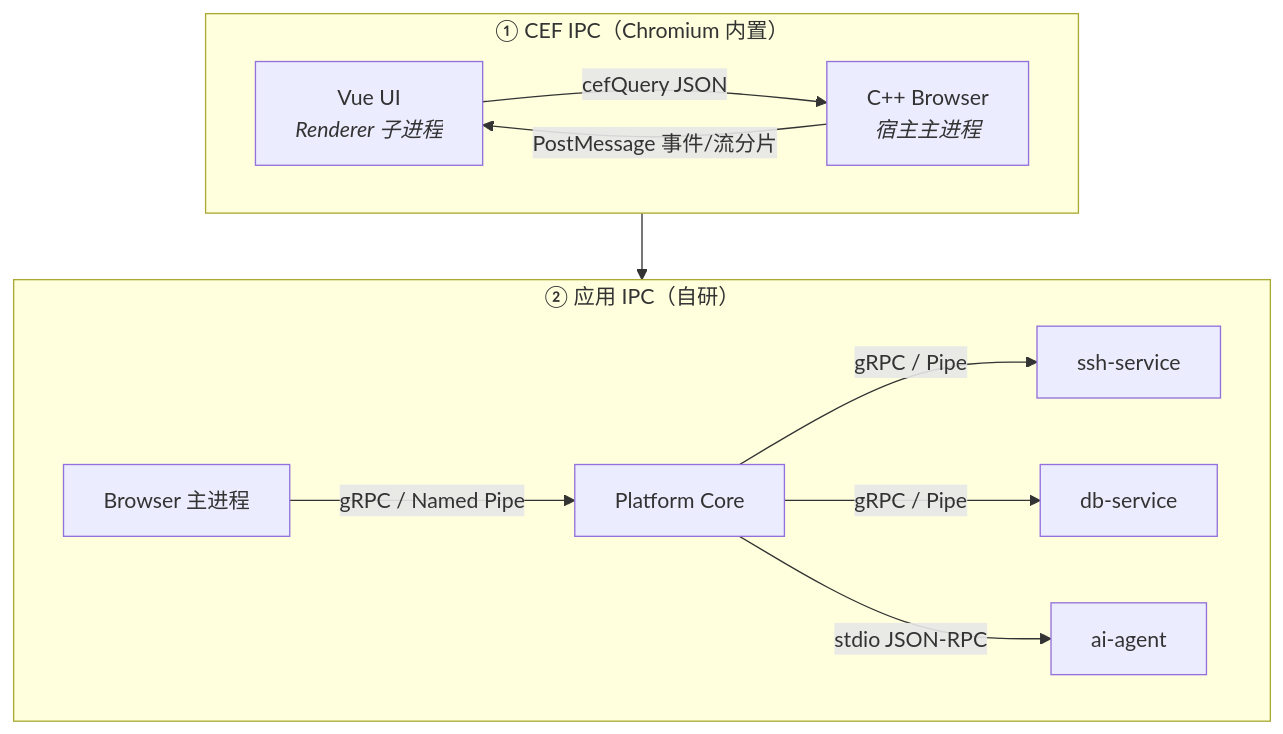
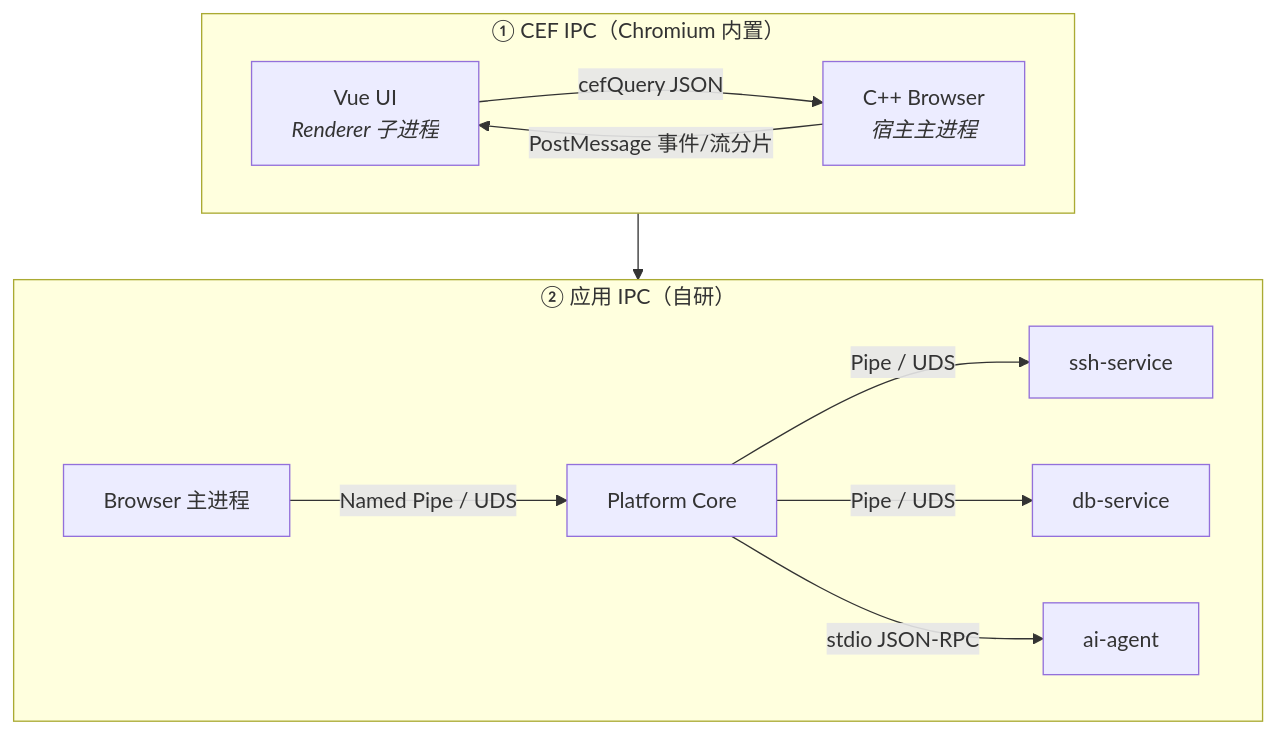
The fourth of 11 diagrams in docs/architecture.md (Blair-Shang/niuma), drawn with Mermaid before and after one commit. The commit also changed other lines of this file and 186 other files, not shown here.

````diff
--- a/docs/architecture.md
+++ b/docs/architecture.md
@@ -157,18 +157,18 @@
 ```mermaid
 flowchart TB
     subgraph CEF_IPC["① CEF IPC（Chromium 内置）"]
         direction LR
         W["Vue UI<br/><i>Renderer 子进程</i>"] -->|"cefQuery JSON"| B["C++ Browser<br/><i>宿主主进程</i>"]
         B -->|"PostMessage 事件/流分片"| W
     end
 
     subgraph APP_IPC["② 应用 IPC（自研）"]
         direction LR
-        B2["Browser 主进程"] -->|"gRPC / Named Pipe"| P[Platform Core]
-        P -->|"gRPC / Pipe"| S1[ssh-service]
-        P -->|"gRPC / Pipe"| S2[db-service]
+        B2["Browser 主进程"] -->|"Named Pipe / UDS"| P[Platform Core]
+        P -->|"Pipe / UDS"| S1[ssh-service]
+        P -->|"Pipe / UDS"| S2[db-service]
         P -->|"stdio JSON-RPC"| S3[ai-agent]
     end
 
     CEF_IPC --> APP_IPC
 ```
````
